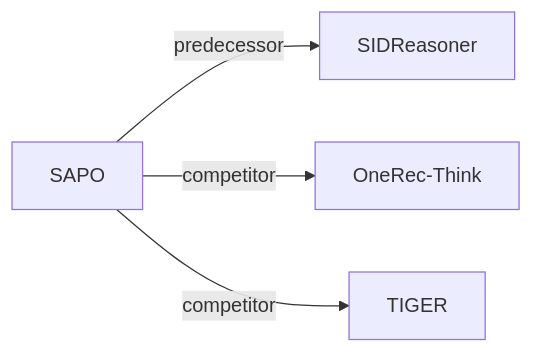
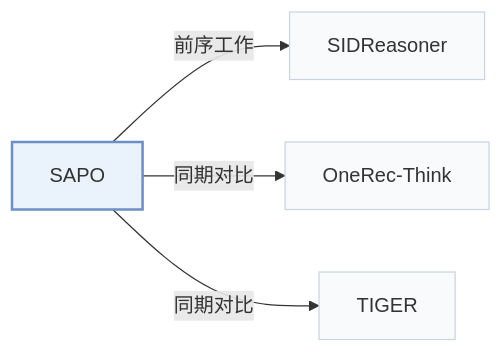
One commit to Galaxy-ghost/Awesome-SID-Generative-Rec changed the second of 2 diagrams in pages/zh/papers/sapo.md. Above: the diagram before and after it, drawn with Mermaid. The commit also changed other lines of this file and 649 other files, not shown here.

Commit message:
writer-05: also tags and modality index (schema, check, build, visuals); summary field removed; calibration data for 12 papers

````diff
--- a/pages/zh/papers/sapo.md
+++ b/pages/zh/papers/sapo.md
@@ -68,7 +74,11 @@
 ```mermaid
 flowchart LR
     P["SAPO"]
-    P -->|predecessor| A["SIDReasoner"]
-    P -->|competitor| B["OneRec-Think"]
-    P -->|competitor| C["TIGER"]
+    P -->|"前序工作"| A["SIDReasoner"]
+    P -->|"同期对比"| B["OneRec-Think"]
+    P -->|"同期对比"| C["TIGER"]
+    classDef main fill:#eaf2fb,stroke:#6b8fc7,stroke-width:2px
+    classDef peer fill:#f8fafc,stroke:#cbd5e1
+    class P main
+    class A,B,C peer
 ```
````
